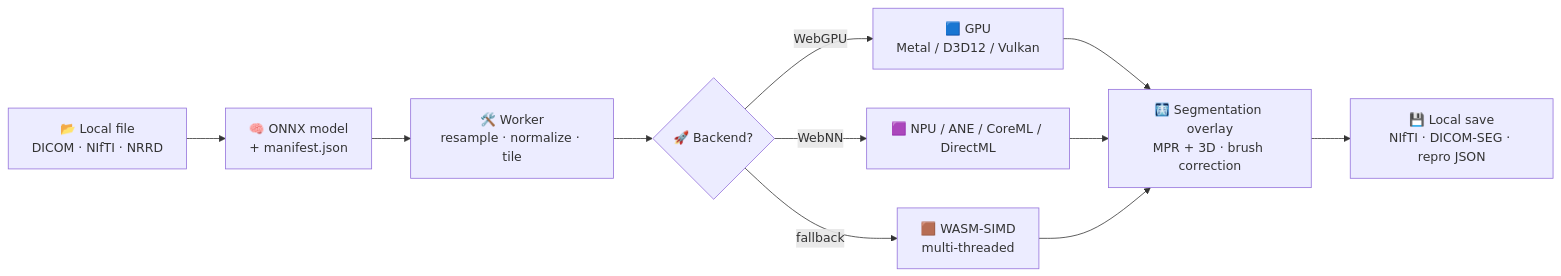
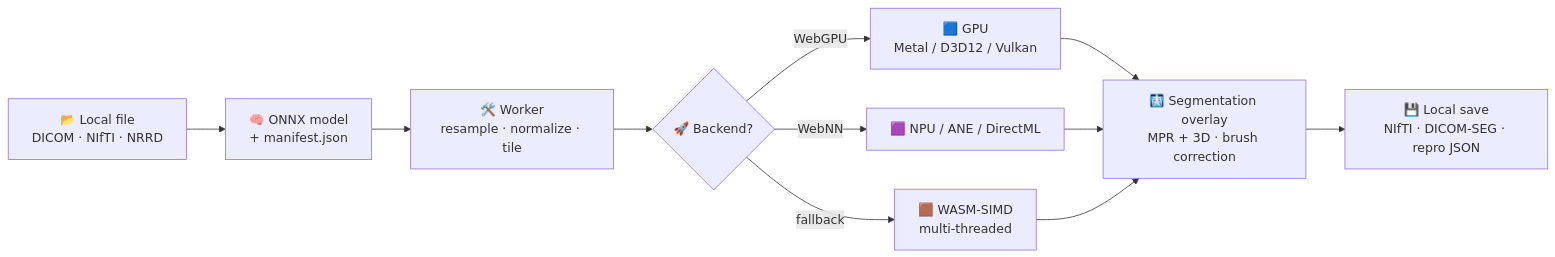
Before and after one commit to ArioMoniri/semikap: the diagram in README.md, drawn with Mermaid. The commit also changed other lines of this file and 8 other files, not shown here.

````diff
--- a/README.md
+++ b/README.md
@@ -45,13 +57,13 @@
 ```mermaid
 flowchart LR
   A[📂 Local file<br/>DICOM · NIfTI · NRRD] --> B[🧠 ONNX model<br/>+ manifest.json]
   B --> C[🛠️ Worker<br/>resample · normalize · tile]
   C --> D{🚀 Backend?}
   D -- WebGPU --> E[🟦 GPU<br/>Metal / D3D12 / Vulkan]
-  D -- WebNN --> EN[🟪 NPU / ANE / CoreML / DirectML]
+  D -- WebNN --> EN[🟪 NPU / ANE / DirectML]
   D -- fallback --> F[🟫 WASM-SIMD<br/>multi-threaded]
   E --> G[🩻 Segmentation overlay<br/>MPR + 3D · brush correction]
   EN --> G
   F --> G
   G --> H[💾 Local save<br/>NIfTI · DICOM-SEG · repro JSON]
 ```
````
